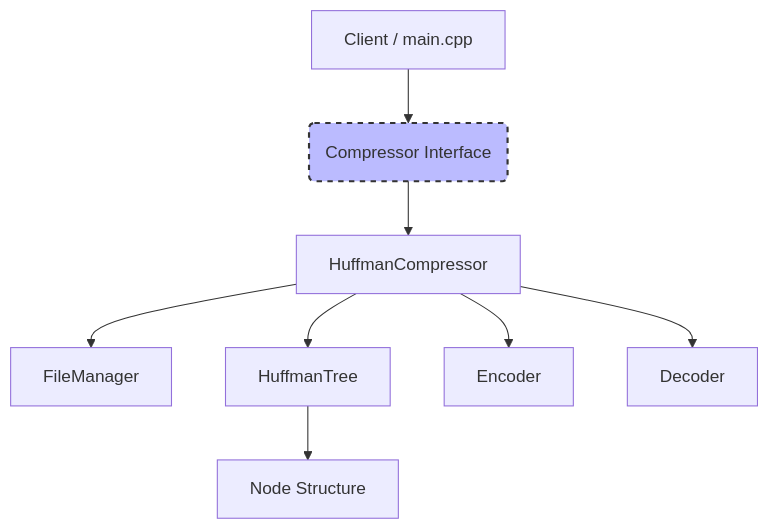
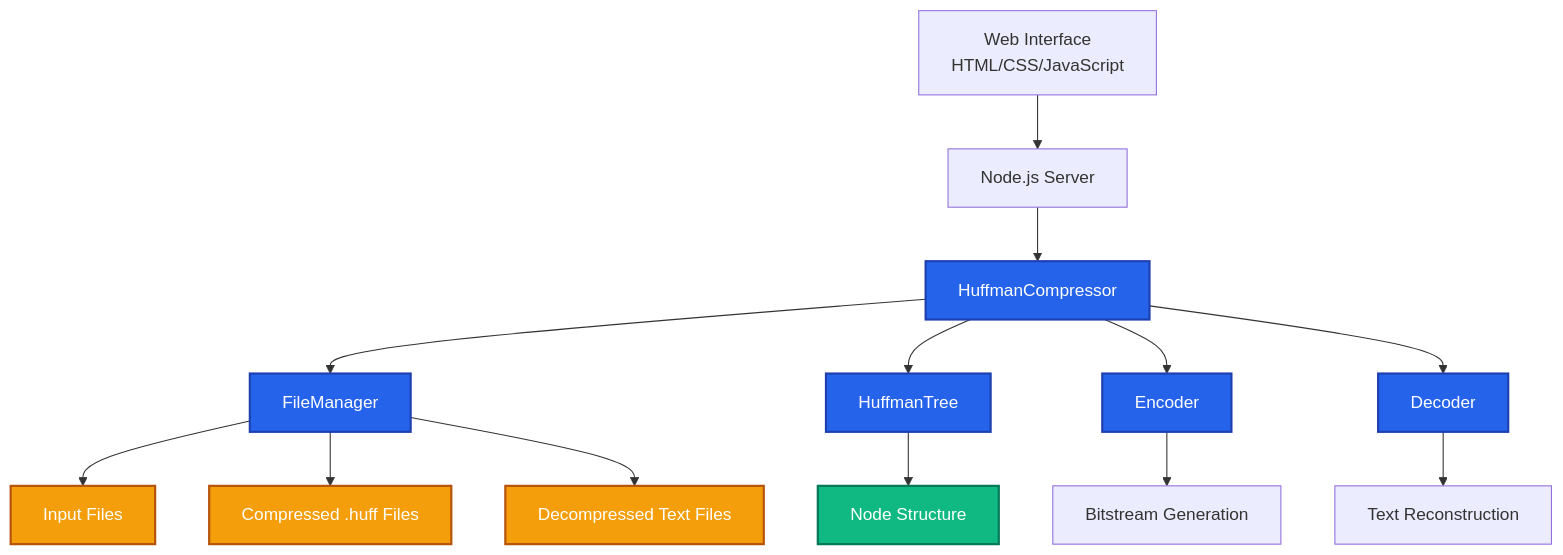
Before and after one commit to rupamkgp/lossless-text-compression-engine: the first of 4 diagrams in README.md, drawn with Mermaid. The commit also changed other lines of this file, not shown here.

````diff
--- a/README.md
+++ b/README.md
@@ -57,17 +59,28 @@
 ```mermaid
 graph TD
-    classDef component fill:#f9f,stroke:#333,stroke-width:2px;
-    classDef interface fill:#bbf,stroke:#333,stroke-width:2px,stroke-dasharray: 5 5;
 
-    A[Client / main.cpp] --> B(Compressor Interface)
+    A[Web Interface<br>HTML/CSS/JavaScript] --> B[Node.js Server]
     B --> C[HuffmanCompressor]
-    
+
     C --> D[FileManager]
     C --> E[HuffmanTree]
     C --> F[Encoder]
     C --> G[Decoder]
 
     E --> H[Node Structure]
-    
-    class B interface;
+
+    D --> I[Input Files]
+    D --> J[Compressed .huff Files]
+    D --> K[Decompressed Text Files]
+
+    F --> L[Bitstream Generation]
+    G --> M[Text Reconstruction]
+
+    classDef component fill:#2563eb,color:#fff,stroke:#1e40af,stroke-width:2px;
+    classDef interface fill:#10b981,color:#fff,stroke:#047857,stroke-width:2px;
+    classDef storage fill:#f59e0b,color:#fff,stroke:#b45309,stroke-width:2px;
+
+    class C,E,F,G,D component;
+    class H interface;
+    class I,J,K storage;
 ```
````
